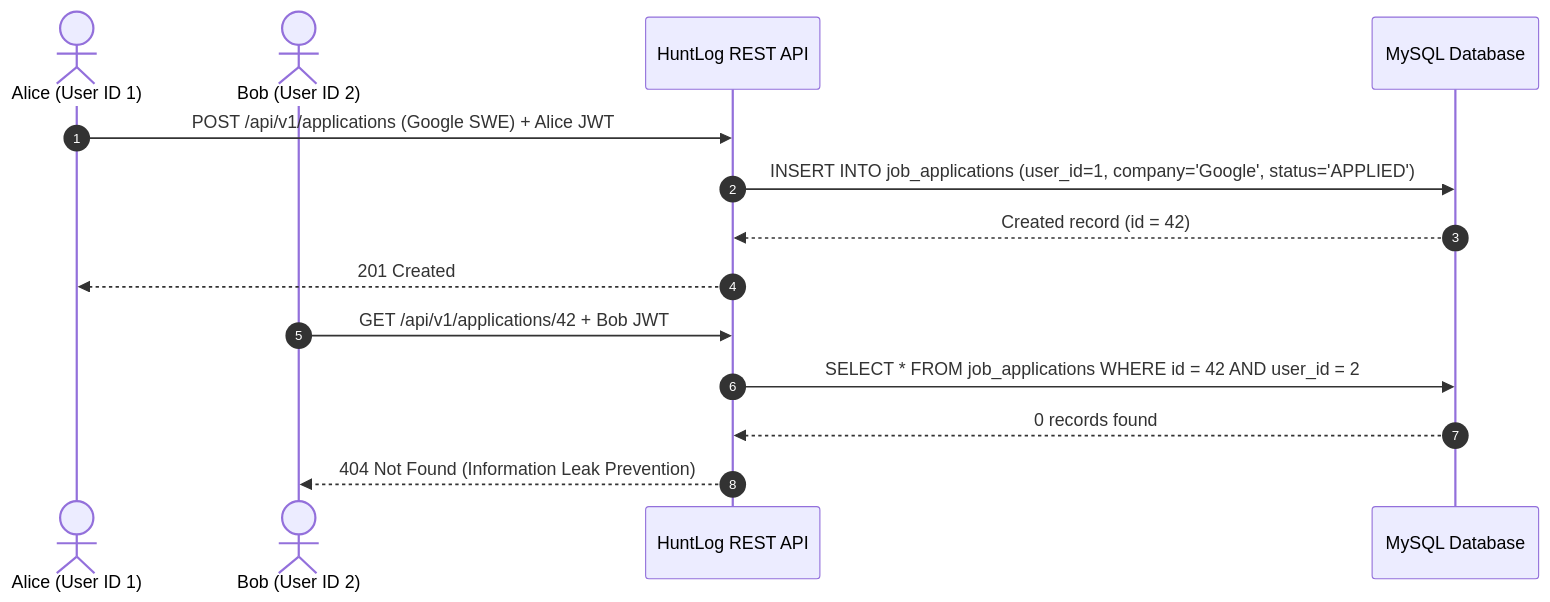
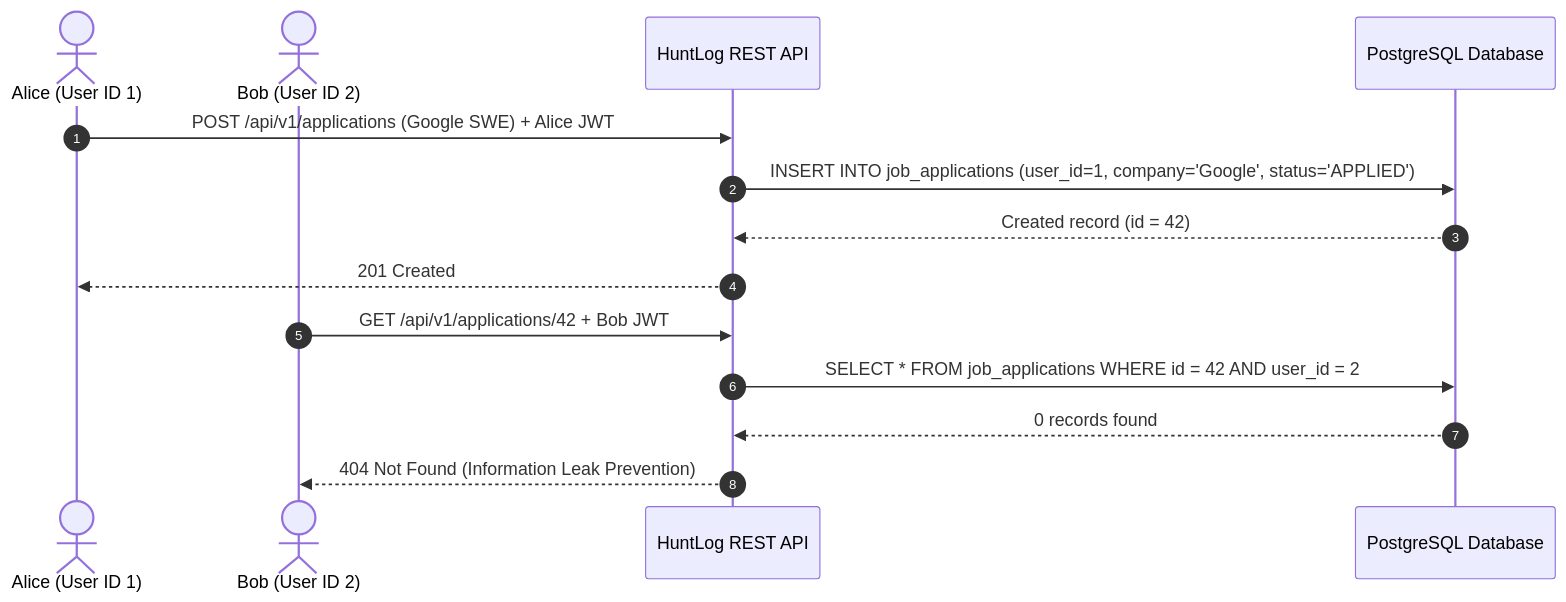
The fourth of 5 diagrams in ARCHITECTURE.md (pbanakar/huntlog), drawn with Mermaid before and after one commit. The commit also changed other lines of this file and 17 other files, not shown here.

Commit message:
feat(deploy): migrate to PostgreSQL 16 and configure Railway production deployment

````diff
--- a/ARCHITECTURE.md
+++ b/ARCHITECTURE.md
@@ -187,18 +189,18 @@
 ```mermaid
 sequenceDiagram
     autonumber
     actor Alice as Alice (User ID 1)
     actor Bob as Bob (User ID 2)
     participant API as HuntLog REST API
-    participant DB as MySQL Database
+    participant DB as PostgreSQL Database
 
     Alice->>API: POST /api/v1/applications (Google SWE) + Alice JWT
     API->>DB: INSERT INTO job_applications (user_id=1, company='Google', status='APPLIED')
     DB-->>API: Created record (id = 42)
     API-->>Alice: 201 Created
 
     Bob->>API: GET /api/v1/applications/42 + Bob JWT
     API->>DB: SELECT * FROM job_applications WHERE id = 42 AND user_id = 2
     DB-->>API: 0 records found
     API-->>Bob: 404 Not Found (Information Leak Prevention)
 ```
````
